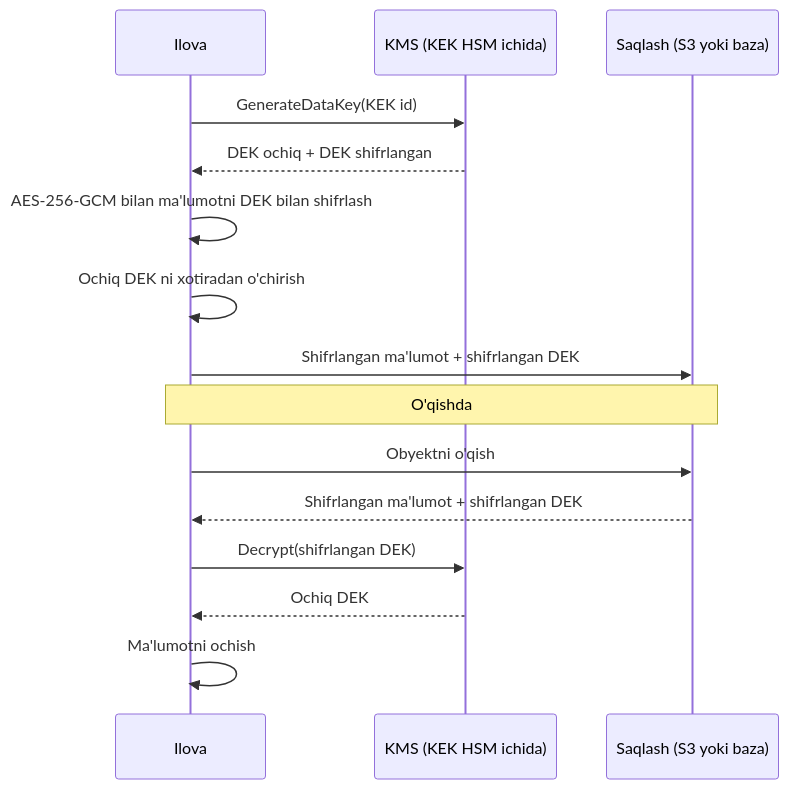
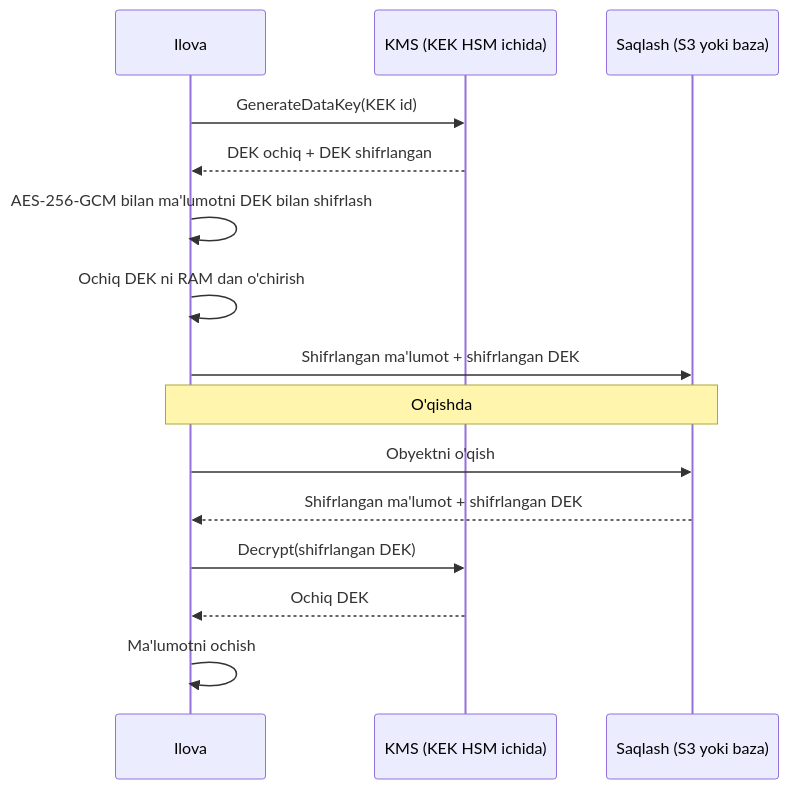
One commit to khabibkhanov/systen-design changed the first of 2 diagrams in content/lessons/074.md. Above: the diagram before and after it, drawn with Mermaid. The commit also changed other lines of this file and 51 other files, not shown here.

````diff
--- a/content/lessons/074.md
+++ b/content/lessons/074.md
@@ -55,17 +55,17 @@
 ```mermaid
 sequenceDiagram
   participant App as Ilova
   participant KMS as KMS (KEK HSM ichida)
   participant S as Saqlash (S3 yoki baza)
   App->>KMS: GenerateDataKey(KEK id)
   KMS-->>App: DEK ochiq + DEK shifrlangan
   App->>App: AES-256-GCM bilan ma'lumotni DEK bilan shifrlash
-  App->>App: Ochiq DEK ni xotiradan o'chirish
+  App->>App: Ochiq DEK ni RAM dan o'chirish
   App->>S: Shifrlangan ma'lumot + shifrlangan DEK
   Note over App,S: O'qishda
   App->>S: Obyektni o'qish
   S-->>App: Shifrlangan ma'lumot + shifrlangan DEK
   App->>KMS: Decrypt(shifrlangan DEK)
   KMS-->>App: Ochiq DEK
   App->>App: Ma'lumotni ochish
 ```
````
